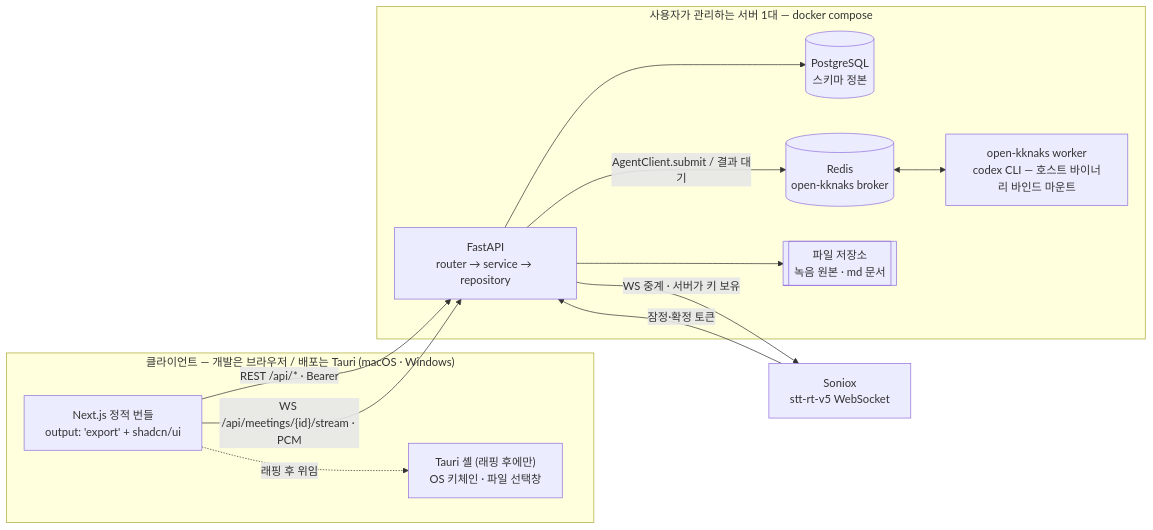
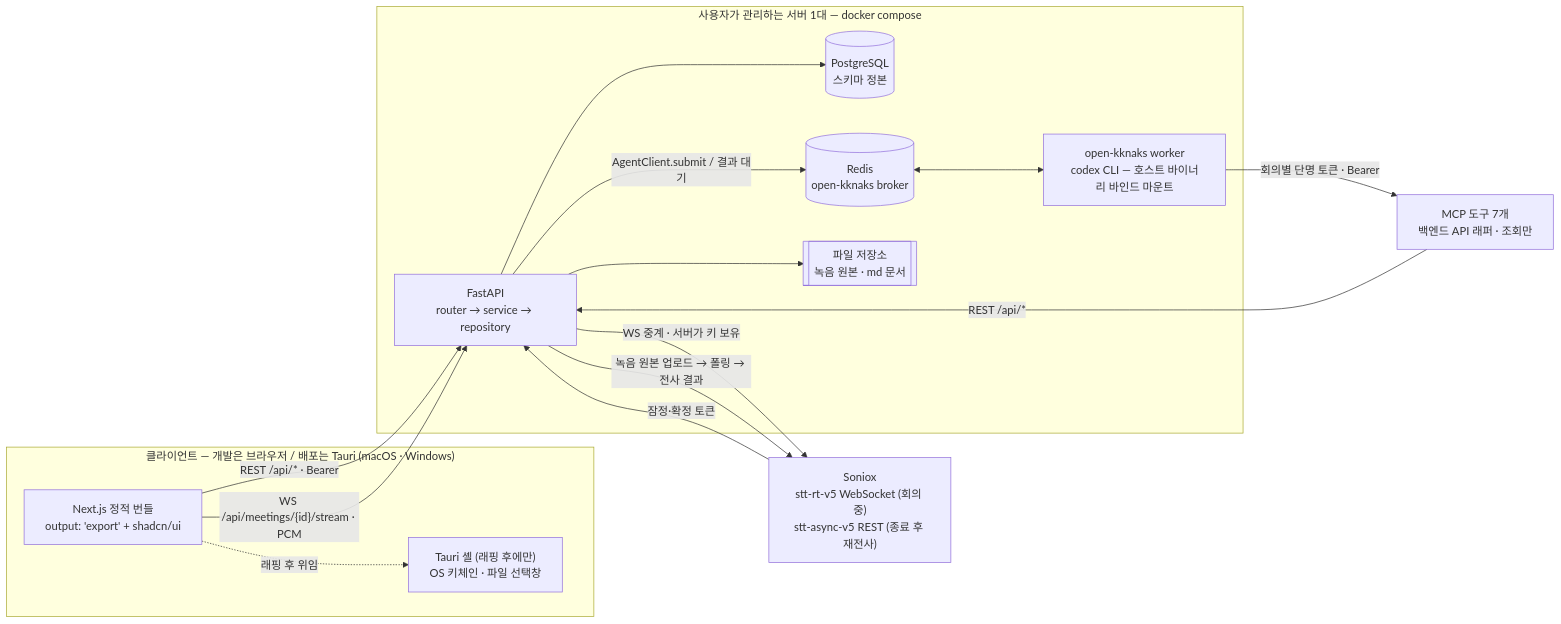
The first of 4 diagrams in para/projects/summer-star/task-management/40-architecture/system/README.md (kknaks/kknaks_profile), drawn with Mermaid before and after one commit. The commit also changed other lines of this file and 21 other files, not shown here.

````diff
--- a/para/projects/summer-star/task-management/40-architecture/system/README.md
+++ b/para/projects/summer-star/task-management/40-architecture/system/README.md
@@ -20,27 +24,31 @@
 ```mermaid
 flowchart LR
   subgraph Desktop["클라이언트 — 개발은 브라우저 / 배포는 Tauri (macOS · Windows)"]
     Web["Next.js 정적 번들<br/>output: 'export' + shadcn/ui"]
     Shell["Tauri 셸 (래핑 후에만)<br/>OS 키체인 · 파일 선택창"]
     Web -.->|"래핑 후 위임"| Shell
   end
 
   subgraph Server["사용자가 관리하는 서버 1대 — docker compose"]
     API["FastAPI<br/>router → service → repository"]
     PG[("PostgreSQL<br/>스키마 정본")]
     RD[("Redis<br/>open-kknaks broker")]
     FS[["파일 저장소<br/>녹음 원본 · md 문서"]]
     WK["open-kknaks worker<br/>codex CLI — 호스트 바이너리 바인드 마운트"]
   end
 
-  SX["Soniox<br/>stt-rt-v5 WebSocket"]
+  SX["Soniox<br/>stt-rt-v5 WebSocket (회의 중)<br/>stt-async-v5 REST (종료 후 재전사)"]
+  MCP["MCP 도구 7개<br/>백엔드 API 래퍼 · 조회만"]
 
   Web -- "REST /api/* · Bearer" --> API
   Web -- "WS /api/meetings/{id}/stream · PCM" --> API
   API -- "WS 중계 · 서버가 키 보유" --> SX
   SX -- "잠정·확정 토큰" --> API
+  API -- "녹음 원본 업로드 → 폴링 → 전사 결과" --> SX
   API --> PG
   API --> FS
   API -- "AgentClient.submit / 결과 대기" --> RD
   RD <--> WK
+  WK -- "회의별 단명 토큰 · Bearer" --> MCP
+  MCP -- "REST /api/*" --> API
 ```
````
